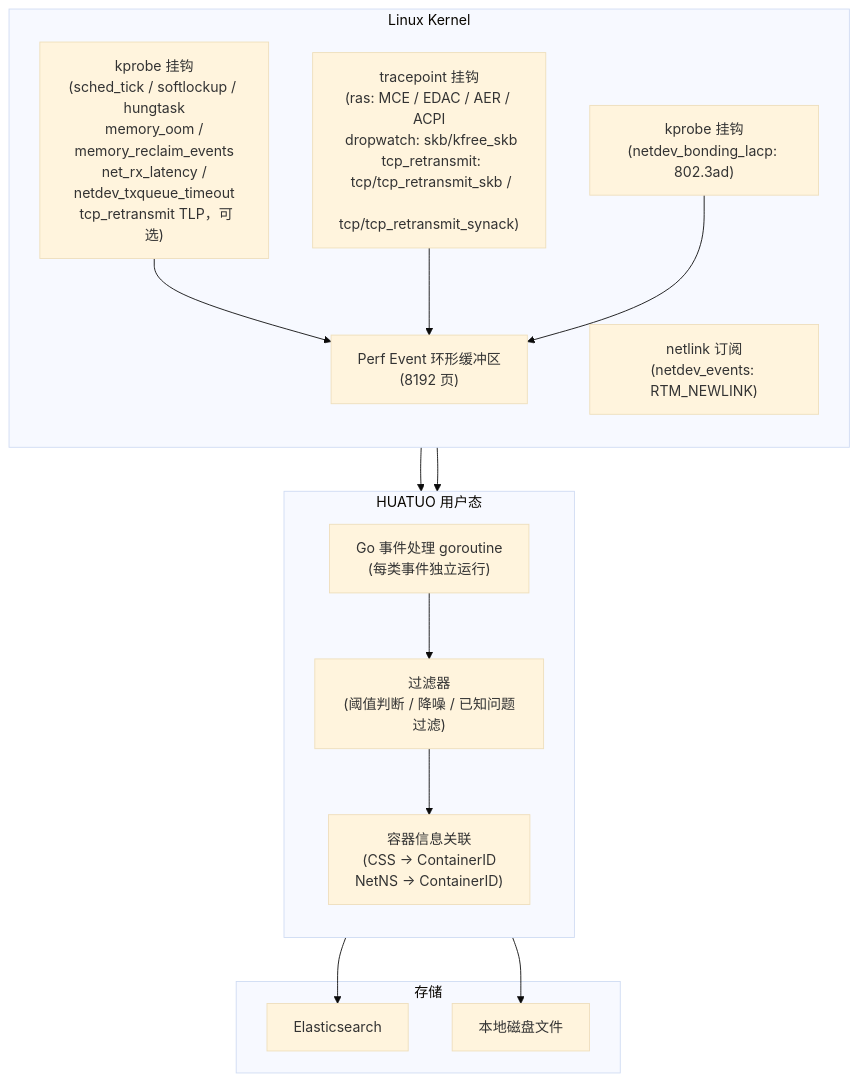
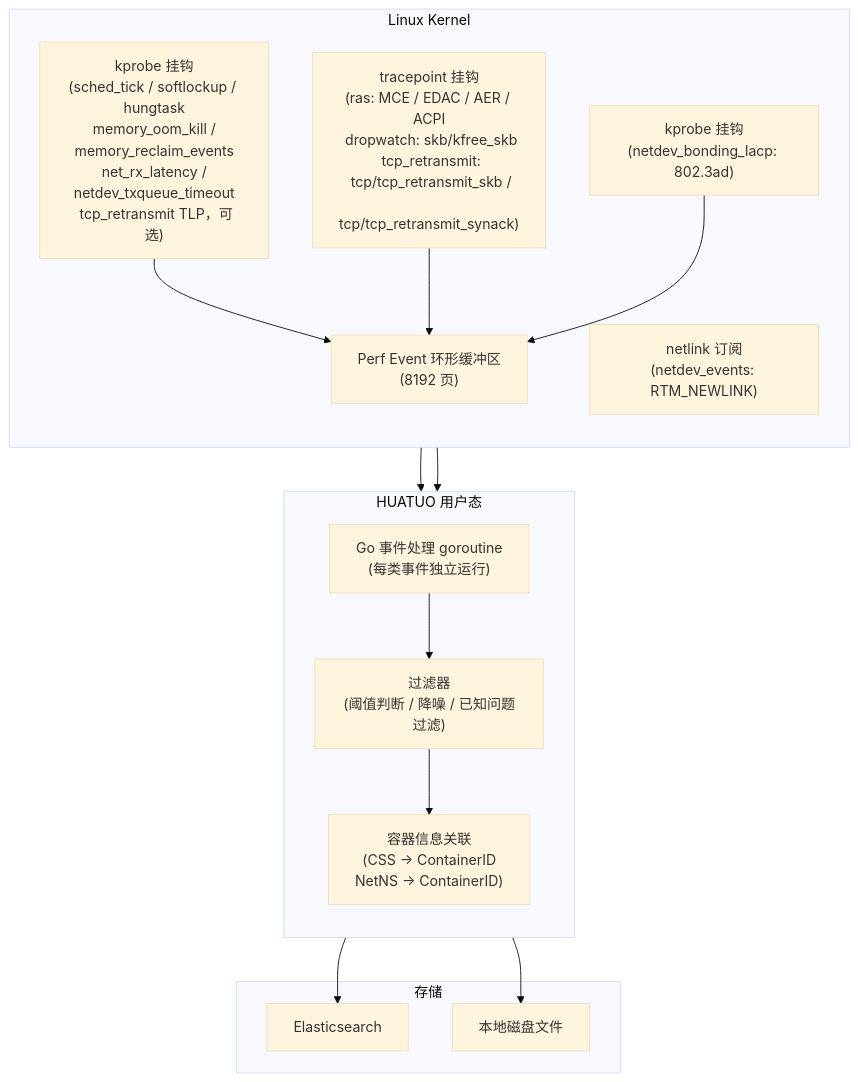
Before and after one commit to ccfos/huatuo: the first of 2 diagrams in docs/key-feature/instant-observability_zh.md, drawn with Mermaid (base theme). The commit also changed other lines of this file and 12 other files, not shown here.

First line of the commit message:
refactor(events): name kernel OOM kills explicitly

````diff
--- a/docs/key-feature/instant-observability_zh.md
+++ b/docs/key-feature/instant-observability_zh.md
@@ -524,33 +524,33 @@
 ```mermaid
 graph TB
     subgraph "Linux Kernel"
         direction TB
-        K1["kprobe 挂钩\n(sched_tick / softlockup / hungtask\n memory_oom / memory_reclaim_events\n net_rx_latency / netdev_txqueue_timeout\n tcp_retransmit TLP，可选)"]
+        K1["kprobe 挂钩\n(sched_tick / softlockup / hungtask\n memory_oom_kill / memory_reclaim_events\n net_rx_latency / netdev_txqueue_timeout\n tcp_retransmit TLP，可选)"]
         K2["tracepoint 挂钩\n(ras: MCE / EDAC / AER / ACPI\n dropwatch: skb/kfree_skb\n tcp_retransmit:\n tcp/tcp_retransmit_skb /\n tcp/tcp_retransmit_synack)"]
         K3["netlink 订阅\n(netdev_events: RTM_NEWLINK)"]
         K4["kprobe 挂钩\n(netdev_bonding_lacp: 802.3ad)"]
         PEB["Perf Event 环形缓冲区\n(8192 页)"]
     end
 
     subgraph "HUATUO 用户态"
         direction TB
         EH["Go 事件处理 goroutine\n(每类事件独立运行)"]
         CF["过滤器\n(阈值判断 / 降噪 / 已知问题过滤)"]
         CM["容器信息关联\n(CSS → ContainerID\n NetNS → ContainerID)"]
     end
 
     subgraph "存储"
         ES["Elasticsearch"]
         DISK["本地磁盘文件"]
     end
 
     K1 --> PEB
     K2 --> PEB
     K4 --> PEB
     PEB --> EH
     K3 --> EH
     EH --> CF
     CF --> CM
     CM --> ES
     CM --> DISK
 ```
````
